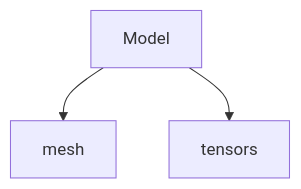
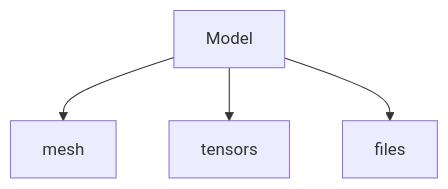
One commit to airinnova/framat changed the first of 11 diagrams in docs/source/api/result_api.rst. Above: the diagram before and after it, drawn with Mermaid. The commit also changed other lines of this file and 20 other files, not shown here.

```diff
--- a/docs/source/api/result_api.rst
+++ b/docs/source/api/result_api.rst
@@ -10,6 +10,7 @@
 .. mermaid::
 
     graph TD
     A[Model]
     A --> F0[mesh]
     A --> F1[tensors]
+    A --> F2[files]
```
